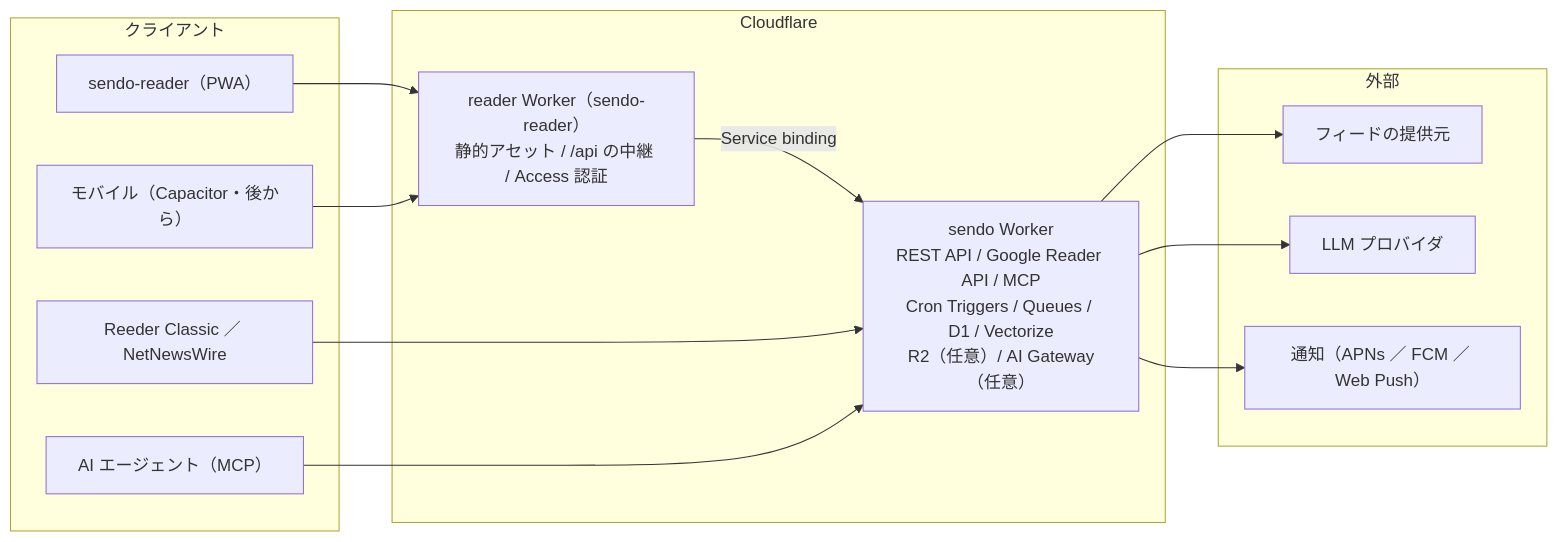
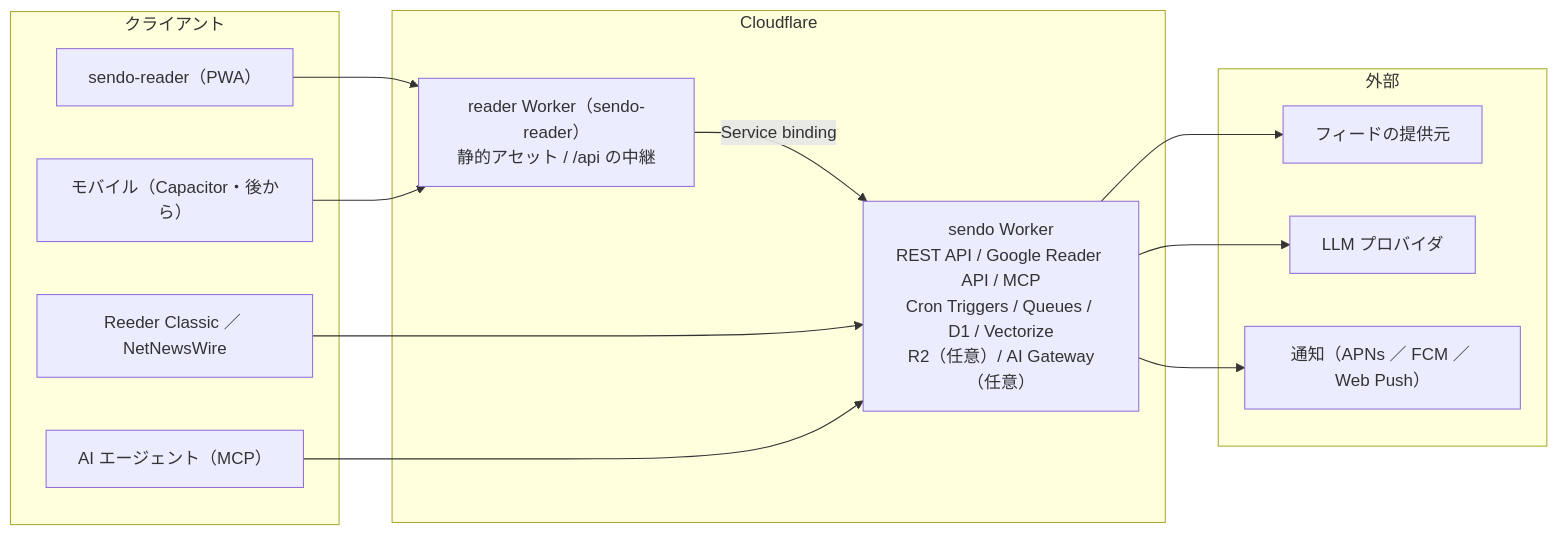
The diagram in docs/tech-deck.md (sendo-feed/sendo), drawn with Mermaid before and after one commit. The commit also changed other lines of this file and 25 other files, not shown here.

````diff
--- a/docs/tech-deck.md
+++ b/docs/tech-deck.md
@@ -28,29 +28,29 @@
 ```mermaid
 flowchart LR
   subgraph Clients["クライアント"]
     R["sendo-reader（PWA）"]
     M["モバイル（Capacitor・後から）"]
     X["Reeder Classic ／ NetNewsWire"]
     A["AI エージェント（MCP）"]
   end
 
   subgraph CF["Cloudflare"]
-    RW["reader Worker（sendo-reader）<br/>静的アセット / /api の中継 / Access 認証"]
+    RW["reader Worker（sendo-reader）<br/>静的アセット / /api の中継"]
     SW["sendo Worker<br/>REST API / Google Reader API / MCP<br/>Cron Triggers / Queues / D1 / Vectorize<br/>R2（任意）/ AI Gateway（任意）"]
   end
 
   subgraph Ext["外部"]
     F["フィードの提供元"]
     L["LLM プロバイダ"]
     N["通知（APNs ／ FCM ／ Web Push）"]
   end
 
   R --> RW
   M --> RW
   RW -- "Service binding" --> SW
   X --> SW
   A --> SW
   SW --> F
   SW --> L
   SW --> N
 ```
````
